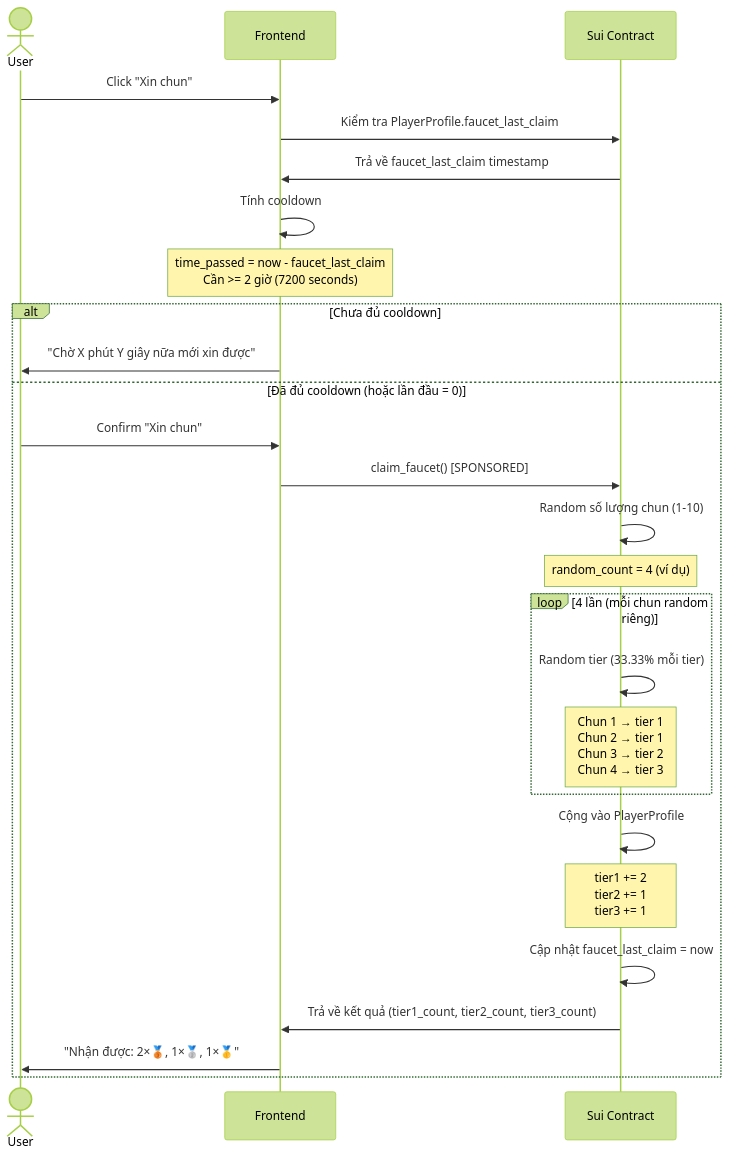
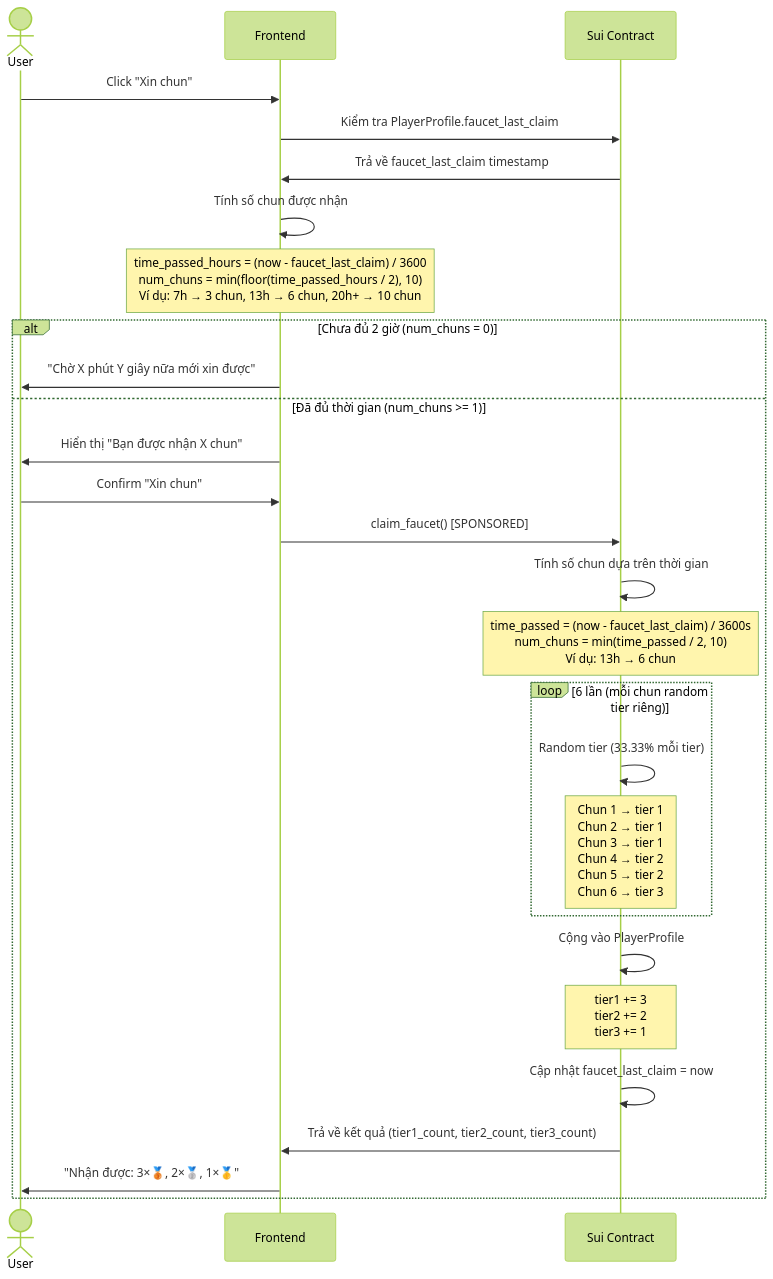
Before and after one commit to TrVHau/SuiChin-hackathon: the third of 7 diagrams in docs/sequence.md, drawn with Mermaid (forest theme). The commit also changed other lines of this file and 10 other files, not shown here.

````diff
--- a/docs/sequence.md
+++ b/docs/sequence.md
@@ -100,36 +100,37 @@
 ```mermaid
 sequenceDiagram
     actor User
     participant Frontend
     participant SuiContract as Sui Contract
 
     User->>Frontend: Click "Xin chun"
 
     Frontend->>SuiContract: Kiểm tra PlayerProfile.faucet_last_claim
     SuiContract->>Frontend: Trả về faucet_last_claim timestamp
 
-    Frontend->>Frontend: Tính cooldown
-    Note over Frontend: time_passed = now - faucet_last_claim<br/>Cần >= 2 giờ (7200 seconds)
+    Frontend->>Frontend: Tính số chun được nhận
+    Note over Frontend: time_passed_hours = (now - faucet_last_claim) / 3600<br/>num_chuns = min(floor(time_passed_hours / 2), 10)<br/>Ví dụ: 7h → 3 chun, 13h → 6 chun, 20h+ → 10 chun
 
-    alt Chưa đủ cooldown
+    alt Chưa đủ 2 giờ (num_chuns = 0)
         Frontend->>User: "Chờ X phút Y giây nữa mới xin được"
-    else Đã đủ cooldown (hoặc lần đầu = 0)
+    else Đã đủ thời gian (num_chuns >= 1)
+        Frontend->>User: Hiển thị "Bạn được nhận X chun"
         User->>Frontend: Confirm "Xin chun"
         Frontend->>SuiContract: claim_faucet() [SPONSORED]
 
-        SuiContract->>SuiContract: Random số lượng chun (1-10)
-        Note over SuiContract: random_count = 4 (ví dụ)
+        SuiContract->>SuiContract: Tính số chun dựa trên thời gian
+        Note over SuiContract: time_passed = (now - faucet_last_claim) / 3600s<br/>num_chuns = min(time_passed / 2, 10)<br/>Ví dụ: 13h → 6 chun
 
-        loop 4 lần (mỗi chun random riêng)
+        loop 6 lần (mỗi chun random tier riêng)
             SuiContract->>SuiContract: Random tier (33.33% mỗi tier)
-            Note over SuiContract: Chun 1 → tier 1<br/>Chun 2 → tier 1<br/>Chun 3 → tier 2<br/>Chun 4 → tier 3
+            Note over SuiContract: Chun 1 → tier 1<br/>Chun 2 → tier 1<br/>Chun 3 → tier 1<br/>Chun 4 → tier 2<br/>Chun 5 → tier 2<br/>Chun 6 → tier 3
         end
 
         SuiContract->>SuiContract: Cộng vào PlayerProfile
-        Note over SuiContract: tier1 += 2<br/>tier2 += 1<br/>tier3 += 1
+        Note over SuiContract: tier1 += 3<br/>tier2 += 2<br/>tier3 += 1
 
         SuiContract->>SuiContract: Cập nhật faucet_last_claim = now
         SuiContract->>Frontend: Trả về kết quả (tier1_count, tier2_count, tier3_count)
-        Frontend->>User: "Nhận được: 2×🥉, 1×🥈, 1×🥇"
+        Frontend->>User: "Nhận được: 3×🥉, 2×🥈, 1×🥇"
     end
 ```
````
